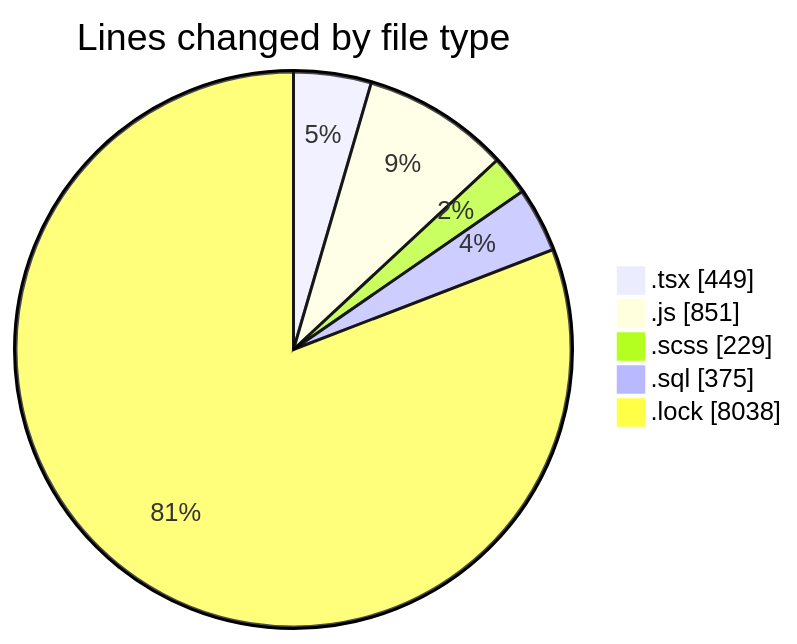
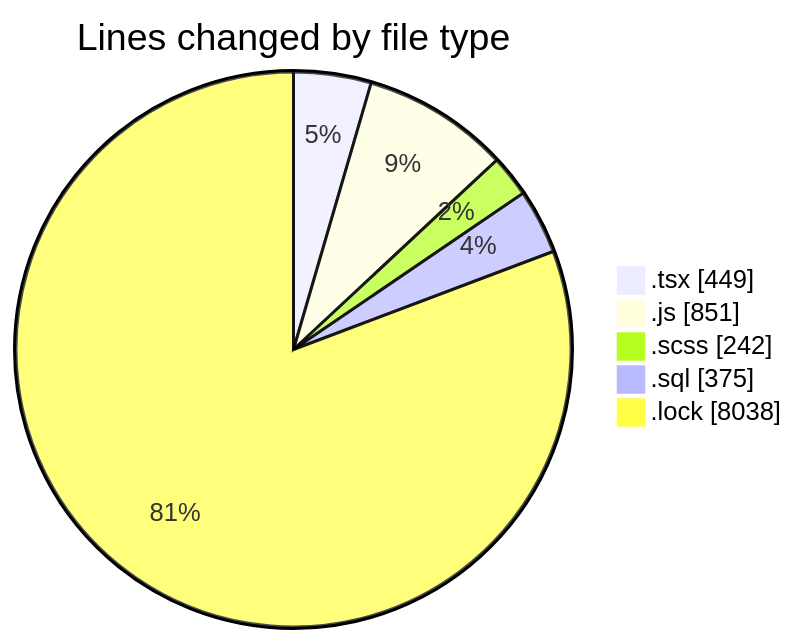
Before and after one commit to momahboobian/code-tracking: the first of 2 diagrams in 2025-03-18/cda/README.md, drawn with Mermaid. The commit also changed other lines of this file and 1 other file, not shown here.

````diff
--- a/2025-03-18/cda/README.md
+++ b/2025-03-18/cda/README.md
@@ -30,9 +30,9 @@
 ```mermaid
 pie showData
 title Lines changed by file type
 ".tsx" : 449
 ".js" : 851
-".scss" : 229
+".scss" : 242
 ".sql" : 375
 ".lock" : 8038
 ```
````
